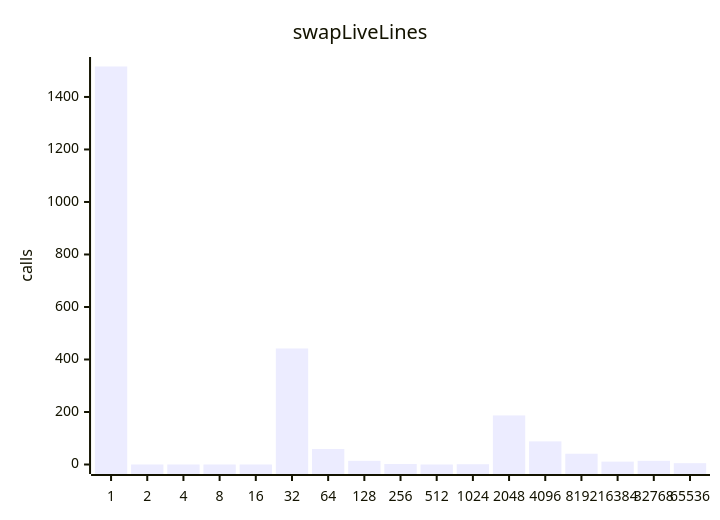
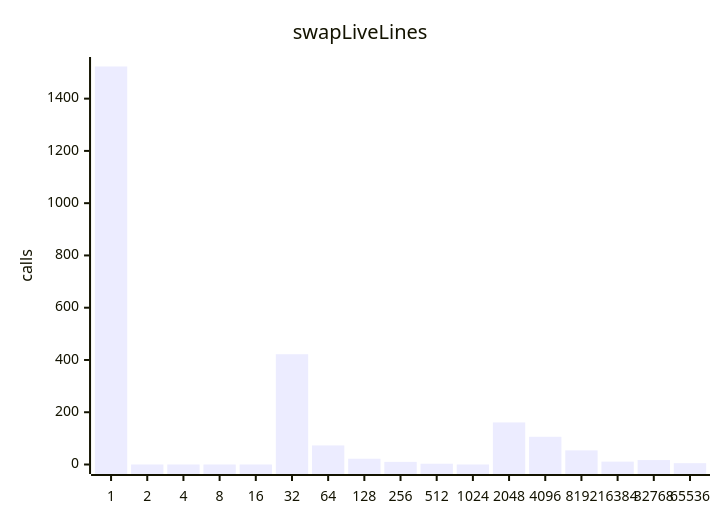
The seventh of 9 diagrams in benchmark/replay-report.md (jrengmusic/eve), drawn with Mermaid before and after one commit. The commit also changed other lines of this file and 6 other files, not shown here.

````diff
--- a/benchmark/replay-report.md
+++ b/benchmark/replay-report.md
@@ -1306,7 +1300,7 @@
 ```mermaid
 xychart-beta
 title "swapLiveLines"
 x-axis ["1", "2", "4", "8", "16", "32", "64", "128", "256", "512", "1024", "2048", "4096", "8192", "16384", "32768", "65536"]
 y-axis "calls"
-bar [1516.00000000000000000, 0.00000000000000000, 0.00000000000000000, 0.00000000000000000, 0.00000000000000000, 442.00000000000000000, 59.00000000000000000, 14.00000000000000000, 2.00000000000000000, 0.00000000000000000, 1.00000000000000000, 187.00000000000000000, 88.00000000000000000, 41.00000000000000000, 11.00000000000000000, 14.00000000000000000, 5.00000000000000000]
+bar [1523.00000000000000000, 0.00000000000000000, 0.00000000000000000, 0.00000000000000000, 0.00000000000000000, 422.00000000000000000, 73.00000000000000000, 22.00000000000000000, 10.00000000000000000, 3.00000000000000000, 0.00000000000000000, 161.00000000000000000, 106.00000000000000000, 54.00000000000000000, 11.00000000000000000, 17.00000000000000000, 5.00000000000000000]
 ```
````
